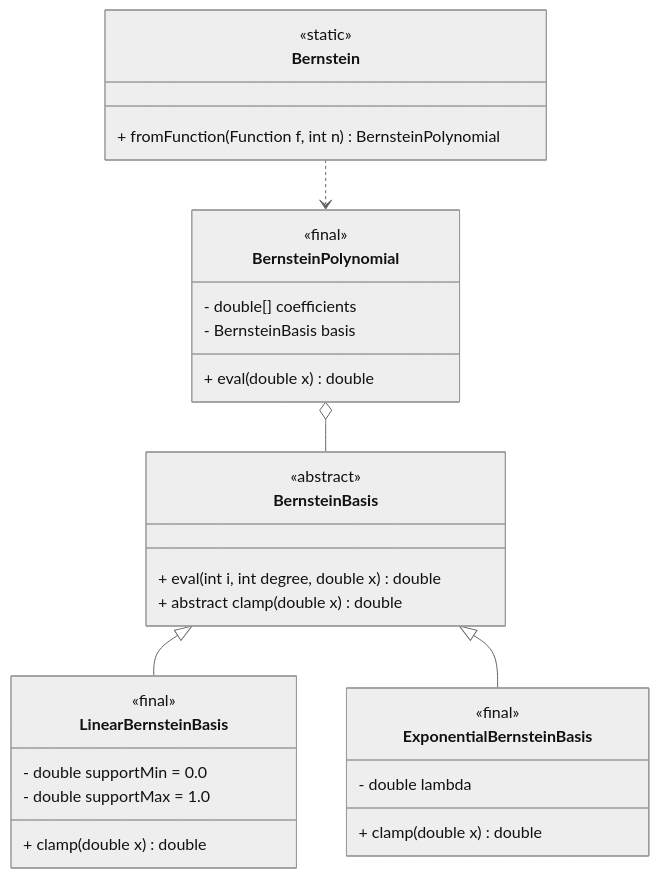
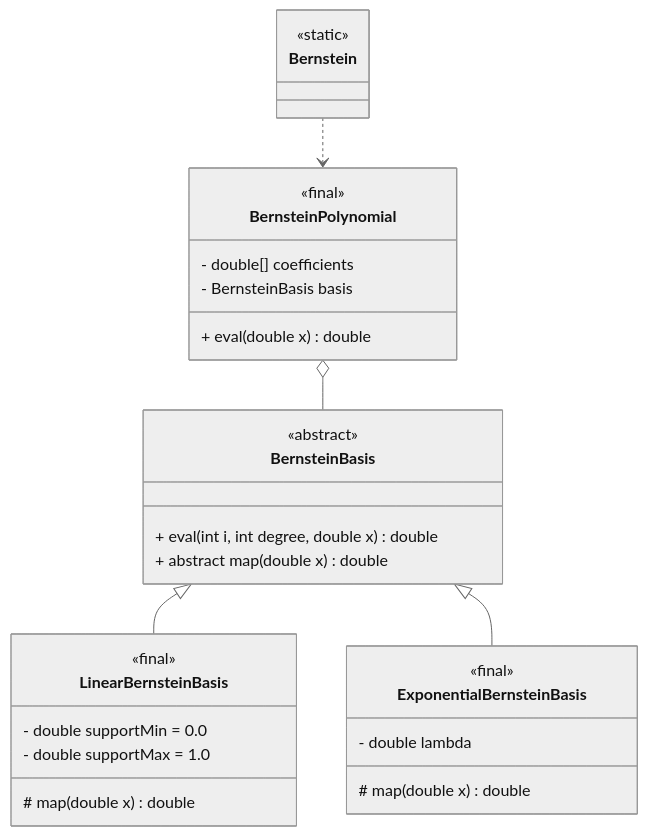
One commit to edoardosarri24/probabilistic-soft-real-time-analysis changed the diagram in report/images/2-bernstein/class_diagram.mmd. Above: the diagram before and after it, drawn with Mermaid (neutral theme). The commit also changed 7 other files, not shown here.

Commit message:
bernstein polynomial refactoring

```diff
--- a/report/images/2-bernstein/class_diagram.mmd
+++ b/report/images/2-bernstein/class_diagram.mmd
@@ -1,40 +1,39 @@
 
 classDiagram
 
     class Bernstein {
         <<static>>
-        + fromFunction(Function f, int n) BernsteinPolynomial
     }
 
     %% Domain classes
     class BernsteinPolynomial {
         <<final>>
         - double[] coefficients
         - BernsteinBasis basis
         + eval(double x) double
     }
 
     class BernsteinBasis {
         <<abstract>>
         + eval(int i, int degree, double x) double
-        + abstract clamp(double x) double
+        + abstract map(double x) double
     }
 
     class LinearBernsteinBasis {
         <<final>>
         - double supportMin = 0.0
         - double supportMax = 1.0
-        + clamp(double x) double
+        # map(double x) double
     }
 
     class ExponentialBernsteinBasis {
         <<final>>
         - double lambda
-        + clamp(double x) double
+        # map(double x) double
     }
 
     %% Relations
     BernsteinPolynomial o-- BernsteinBasis
     BernsteinBasis <|-- LinearBernsteinBasis
     BernsteinBasis <|-- ExponentialBernsteinBasis
     Bernstein ..> BernsteinPolynomial
```
